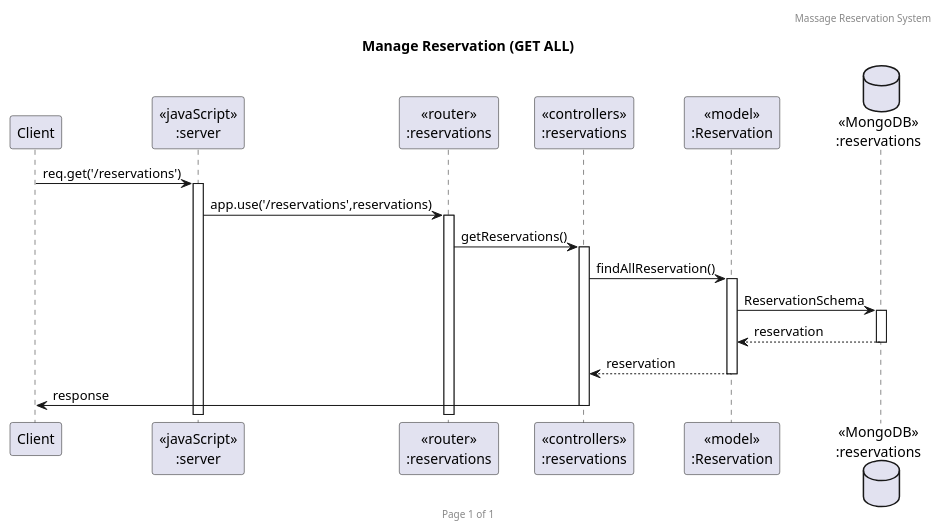
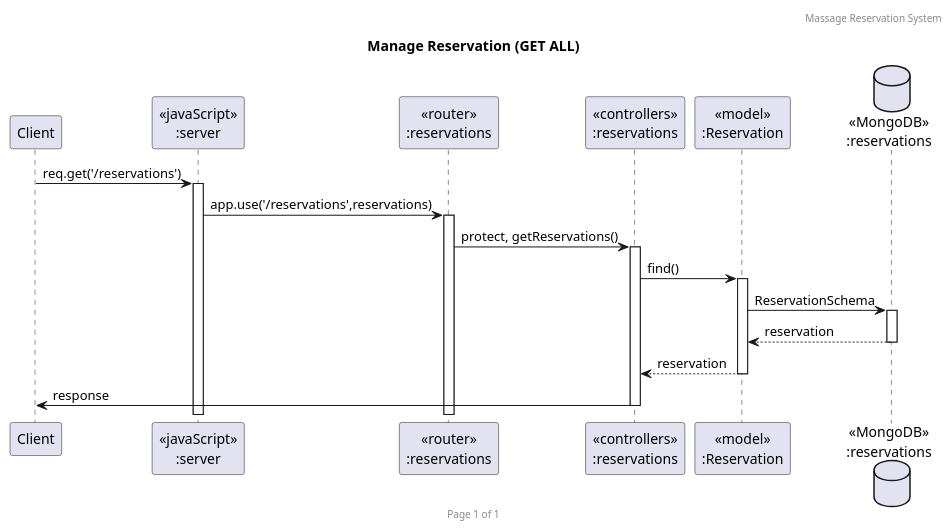
Before and after one commit to 2110503TACEDT66/presentation-day-1-kalaeksi-phloeng-rachan: the diagram in uml/SequenceDiagram/Reservation/getall.puml, drawn with PlantUML. The commit also changed 9 other files, not shown here.

Commit message:
fix uml diagram

```diff
--- a/uml/SequenceDiagram/Reservation/getall.puml
+++ b/uml/SequenceDiagram/Reservation/getall.puml
@@ -1,23 +1,23 @@
 @startuml Manage Reservation (GET ALL)
 
 header Massage Reservation System
 footer Page %page% of %lastpage%
 title "Manage Reservation (GET ALL)"
 
 participant "Client" as client
 participant "<<javaScript>>\n:server" as server
 participant "<<router>>\n:reservations" as routerReservations
 participant "<<controllers>>\n:reservations" as controllersReservations
 participant "<<model>>\n:Reservation" as modelReservation
 database "<<MongoDB>>\n:reservations" as ReservationsDatabase
 
 client->server ++:req.get('/reservations')
 server->routerReservations ++:app.use('/reservations',reservations)
-routerReservations -> controllersReservations ++:getReservations()
-controllersReservations->modelReservation ++:findAllReservation()
+routerReservations -> controllersReservations ++:protect, getReservations()
+controllersReservations->modelReservation ++:find()
 modelReservation ->ReservationsDatabase ++: ReservationSchema
 ReservationsDatabase --> modelReservation --: reservation
 controllersReservations <-- modelReservation --:reservation
 controllersReservations->client --:response
 
 @enduml
```
